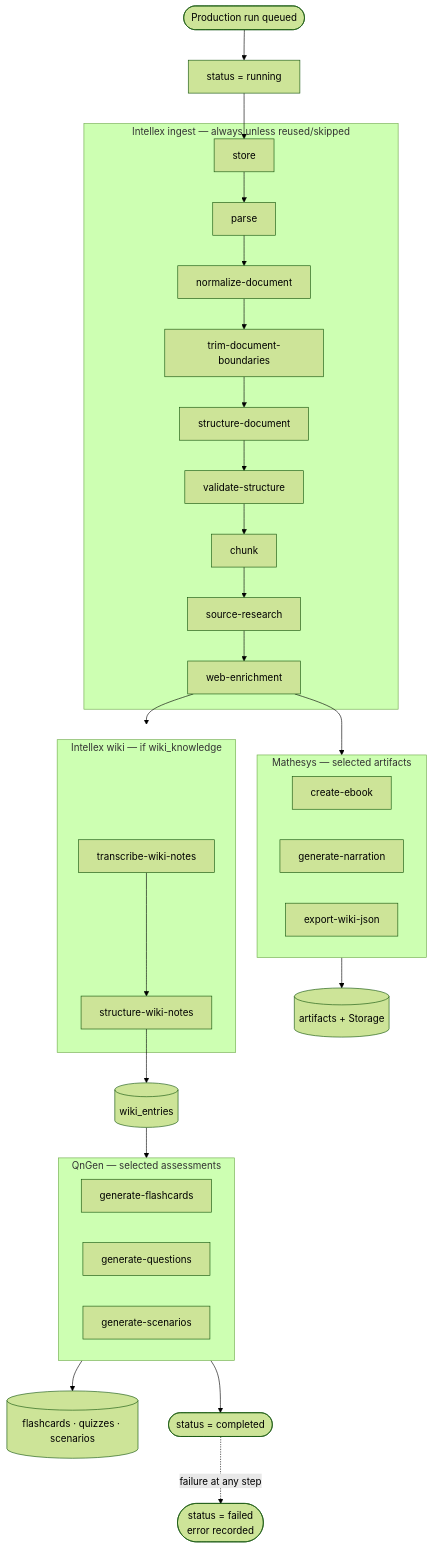
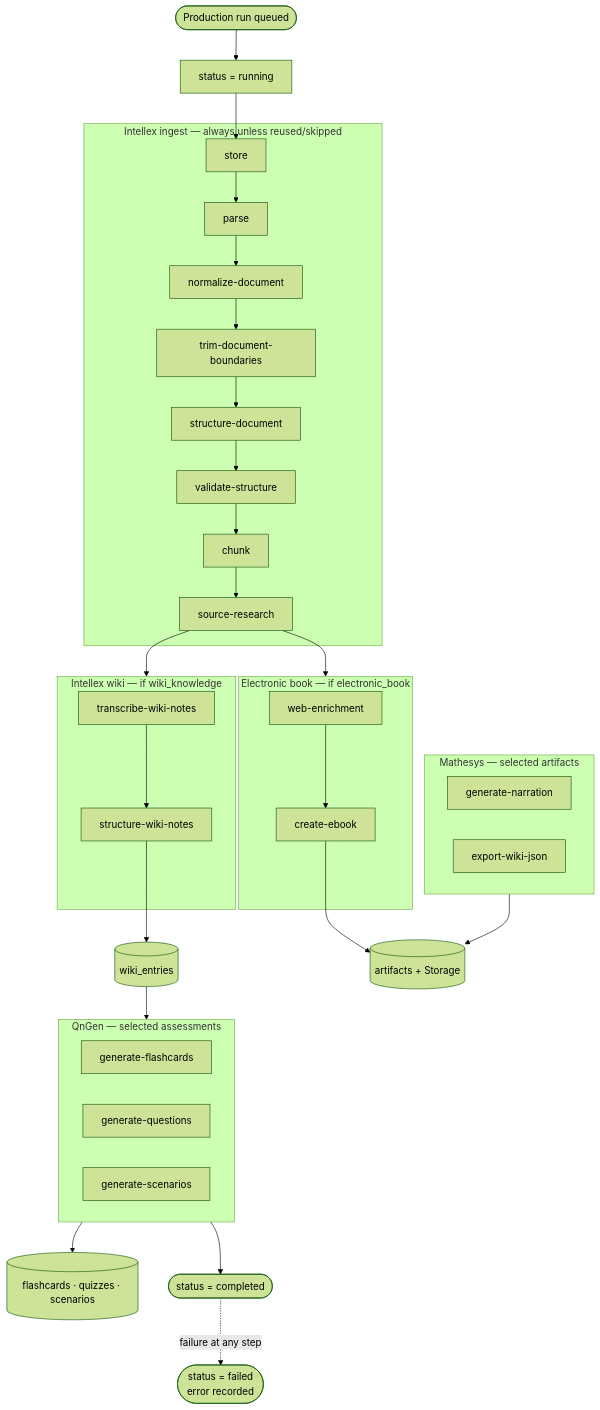
One commit to lucas-spitzer/arsenal changed the fifth of 6 diagrams in README.md. Above: the diagram before and after it, drawn with Mermaid (forest theme). The commit also changed other lines of this file and 73 other files, not shown here.

````diff
--- a/README.md
+++ b/README.md
@@ -167,46 +168,51 @@
 ```mermaid
 flowchart TD
     START([Production run queued]) --> RUNNING[status = running]
 
     subgraph intellex["Intellex ingest — always unless reused/skipped"]
         STORE[store]
         PARSE[parse]
         NORM[normalize-document]
         TRIM[trim-document-boundaries]
         STRUCT[structure-document]
         VAL[validate-structure]
         CHUNK[chunk]
         RESEARCH[source-research]
-        WEB[web-enrichment]
-        STORE --> PARSE --> NORM --> TRIM --> STRUCT --> VAL --> CHUNK --> RESEARCH --> WEB
+        STORE --> PARSE --> NORM --> TRIM --> STRUCT --> VAL --> CHUNK --> RESEARCH
     end
 
     subgraph wiki["Intellex wiki — if wiki_knowledge"]
         TWN[transcribe-wiki-notes]
         SWN[structure-wiki-notes]
         TWN --> SWN
     end
 
+    subgraph ebook["Electronic book — if electronic_book"]
+        WEB[web-enrichment]
+        EBOOK[create-ebook]
+        WEB --> EBOOK
+    end
+
     subgraph mathesys["Mathesys — selected artifacts"]
-        EBOOK[create-ebook]
         NAR[generate-narration]
         WJ[export-wiki-json]
     end
 
     subgraph qngen["QnGen — selected assessments"]
         FLASH[generate-flashcards]
         QUIZ[generate-questions]
         SCEN[generate-scenarios]
     end
 
     RUNNING --> STORE
-    WEB --> wiki
+    RESEARCH --> wiki
+    RESEARCH --> ebook
     SWN --> WIKI[(wiki_entries)]
-    WEB --> mathesys
-    mathesys --> ART[(artifacts + Storage)]
+    EBOOK --> ART[(artifacts + Storage)]
+    mathesys --> ART
     WIKI --> qngen
     qngen --> ASSESS[(flashcards · quizzes · scenarios)]
     qngen --> DONE([status = completed])
 
     DONE -.failure at any step.-> FAILED([status = failed<br/>error recorded])
 ```
````
